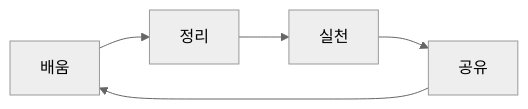
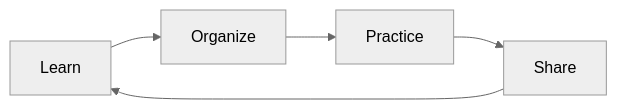
Before and after one commit to DramaticCollaboration/empasy.io: the diagram in docs/en/study/index.md, drawn with Mermaid (neutral theme). The commit also changed other lines of this file and 77 other files, not shown here.

````diff
--- a/docs/en/study/index.md
+++ b/docs/en/study/index.md
@@ -40,7 +40,7 @@
 ```mermaid
   graph LR
-  A[배움] --> B[정리]
-  B --> C[실천]
-  C --> D[공유]
+  A[Learn] --> B[Organize]
+  B --> C[Practice]
+  C --> D[Share]
   D --> A
 ```
````
